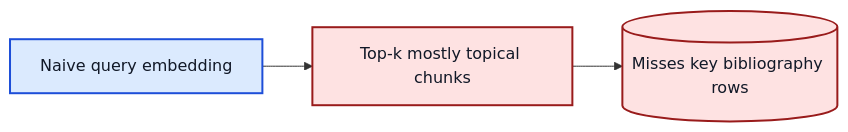
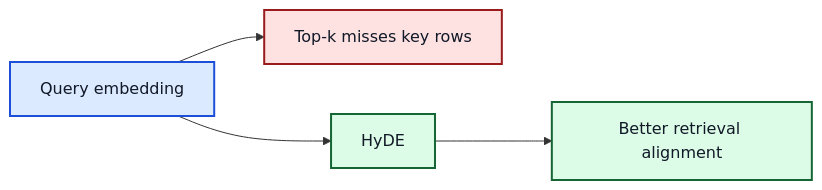
The first of 4 diagrams in slides.md (phiwi/chatbot), drawn with Mermaid before and after one commit. The commit also changed other lines of this file, not shown here.

Commit message:
Improve code readability on GraphRAG slides and finalize deck updates

````diff
--- a/slides.md
+++ b/slides.md
@@ -254,8 +271,10 @@
 ```mermaid
 flowchart LR
+  classDef q fill:#dbeafe,stroke:#1d4ed8,color:#111827,stroke-width:2px
   classDef bad fill:#fee2e2,stroke:#991b1b,color:#111827,stroke-width:2px
-  classDef q fill:#dbeafe,stroke:#1d4ed8,color:#111827,stroke-width:2px
+  classDef good fill:#dcfce7,stroke:#166534,color:#111827,stroke-width:2px
 
-  Q1[Naive query embedding]:::q --> W1[Top-k mostly topical chunks]:::bad
-  W1 --> D1[(Misses key bibliography rows)]:::bad
+  Q[Query embedding]:::q --> B[Top-k misses key rows]:::bad
+  Q --> H[HyDE]:::good
+  H --> R[Better retrieval alignment]:::good
 ```
````
